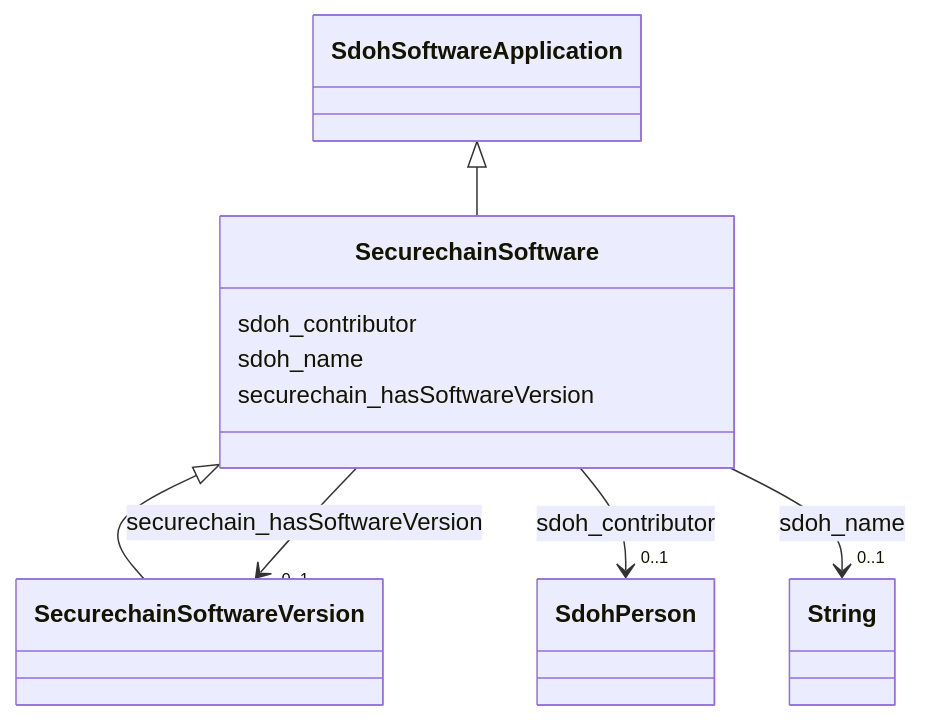
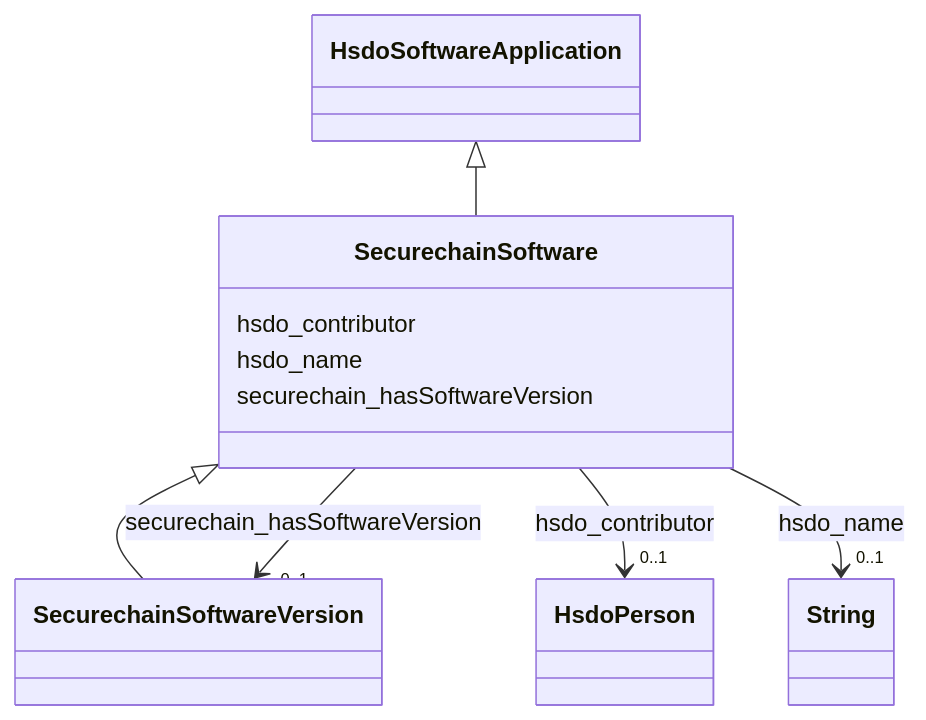
The diagram in secure-chain-kg/classes/SecurechainSoftware.md (frink-okn/graph-descriptions), drawn with Mermaid before and after one commit. The commit also changed other lines of this file and 45 other files, not shown here.

````diff
--- a/secure-chain-kg/classes/SecurechainSoftware.md
+++ b/secure-chain-kg/classes/SecurechainSoftware.md
@@ -19,41 +19,41 @@
 ```mermaid
  classDiagram
     class SecurechainSoftware
     click SecurechainSoftware href "../SecurechainSoftware"
-      SdohSoftwareApplication <|-- SecurechainSoftware
-        click SdohSoftwareApplication href "../SdohSoftwareApplication"
+      HsdoSoftwareApplication <|-- SecurechainSoftware
+        click HsdoSoftwareApplication href "../HsdoSoftwareApplication"
       
 
       SecurechainSoftware <|-- SecurechainSoftwareVersion
         click SecurechainSoftwareVersion href "../SecurechainSoftwareVersion"
       
       
-      SecurechainSoftware : sdoh_contributor
+      SecurechainSoftware : hsdo_contributor
         
           
     
     
-    SecurechainSoftware --> "0..1" SdohPerson : sdoh_contributor
-    click SdohPerson href "../SdohPerson"
+    SecurechainSoftware --> "0..1" HsdoPerson : hsdo_contributor
+    click HsdoPerson href "../HsdoPerson"
 
         
-      SecurechainSoftware : sdoh_name
+      SecurechainSoftware : hsdo_name
         
           
     
     
-    SecurechainSoftware --> "0..1" String : sdoh_name
+    SecurechainSoftware --> "0..1" String : hsdo_name
     click String href "../String"
 
         
       SecurechainSoftware : securechain_hasSoftwareVersion
         
           
     
     
     SecurechainSoftware --> "0..1" SecurechainSoftwareVersion : securechain_hasSoftwareVersion
     click SecurechainSoftwareVersion href "../SecurechainSoftwareVersion"
 
         
       
 ```
````
